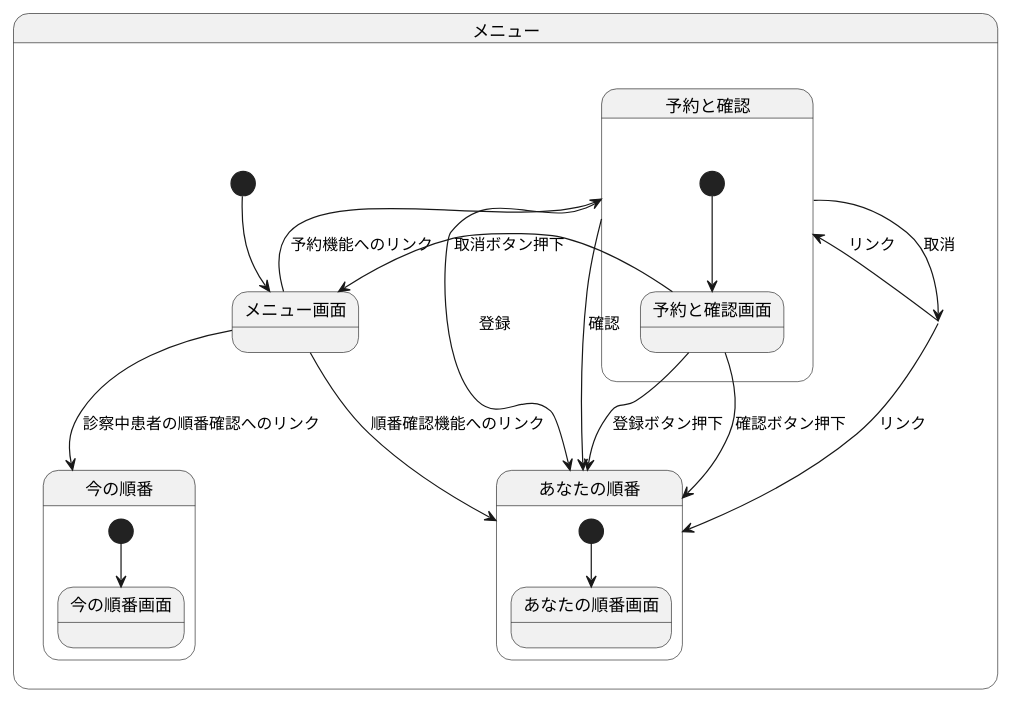
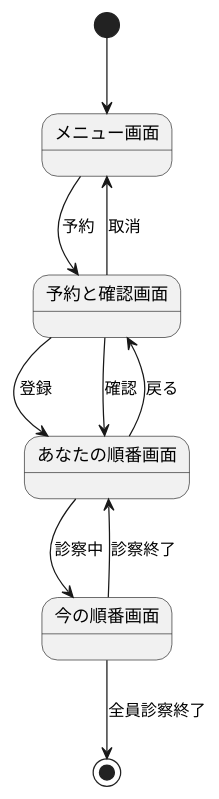
One commit to tsunokake21/UML_introduction changed the diagram in 演習6-3_ステートマシン図_診察予約システム.pu. Above: the diagram before and after it, drawn with PlantUML. The commit also changed 1 other file, not shown here.

```diff
--- a/演習6-3_ステートマシン図_診察予約システム.pu
+++ b/演習6-3_ステートマシン図_診察予約システム.pu
@@ -1,33 +1,16 @@
 @startuml 診察予約
-
-scale 800 width
-
-state メニュー {
-  [*] --> メニュー画面
-  メニュー画面 --> 予約と確認 : 予約機能へのリンク
-  メニュー画面 --> あなたの順番 : 順番確認機能へのリンク
-  メニュー画面 --> 今の順番 : 診察中患者の順番確認へのリンク
+skinparam state {
+    StartColor DeepSkyBlue
+    EndColor DarkSeaGreen
 }
 
-state 予約と確認 {
-  [*] --> 予約と確認画面
-  予約と確認画面 --> あなたの順番 : 登録ボタン押下
-  予約と確認画面 --> あなたの順番 : 確認ボタン押下
-  予約と確認画面 --> メニュー画面 : 取消ボタン押下
-}
-
-state あなたの順番 {
-  [*] --> あなたの順番画面
-}
-
-state 今の順番 {
-  [*] --> 今の順番画面
-}
-
-メニュー --> 予約と確認 : リンク
-メニュー --> あなたの順番 : リンク
-予約と確認 --> あなたの順番 : 登録
-予約と確認 --> あなたの順番 : 確認
-予約と確認 --> メニュー : 取消
-
+[*] --> メニュー画面
+メニュー画面 --> 予約と確認画面 : 予約
+予約と確認画面 --> あなたの順番画面 : 登録
+予約と確認画面 --> あなたの順番画面 : 確認
+予約と確認画面 --> メニュー画面 : 取消
+あなたの順番画面 --> 予約と確認画面 : 戻る
+あなたの順番画面 --> 今の順番画面 : 診察中
+今の順番画面 --> あなたの順番画面 : 診察終了
+今の順番画面 --> [*] : 全員診察終了
 @enduml
```
